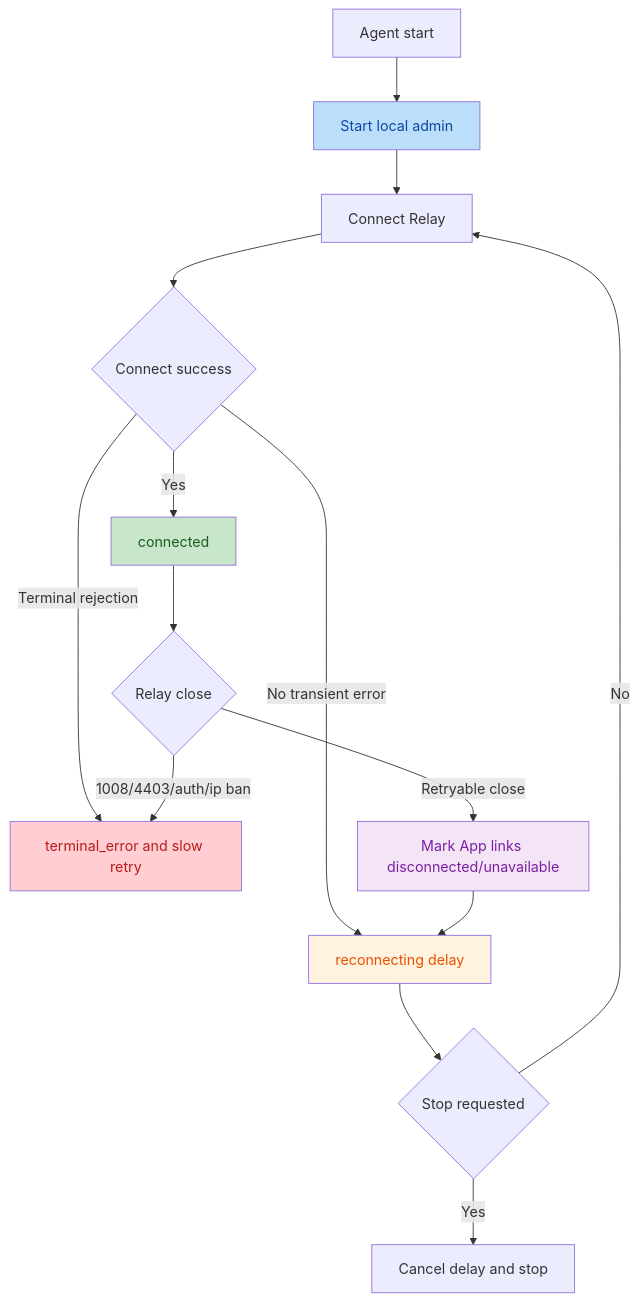
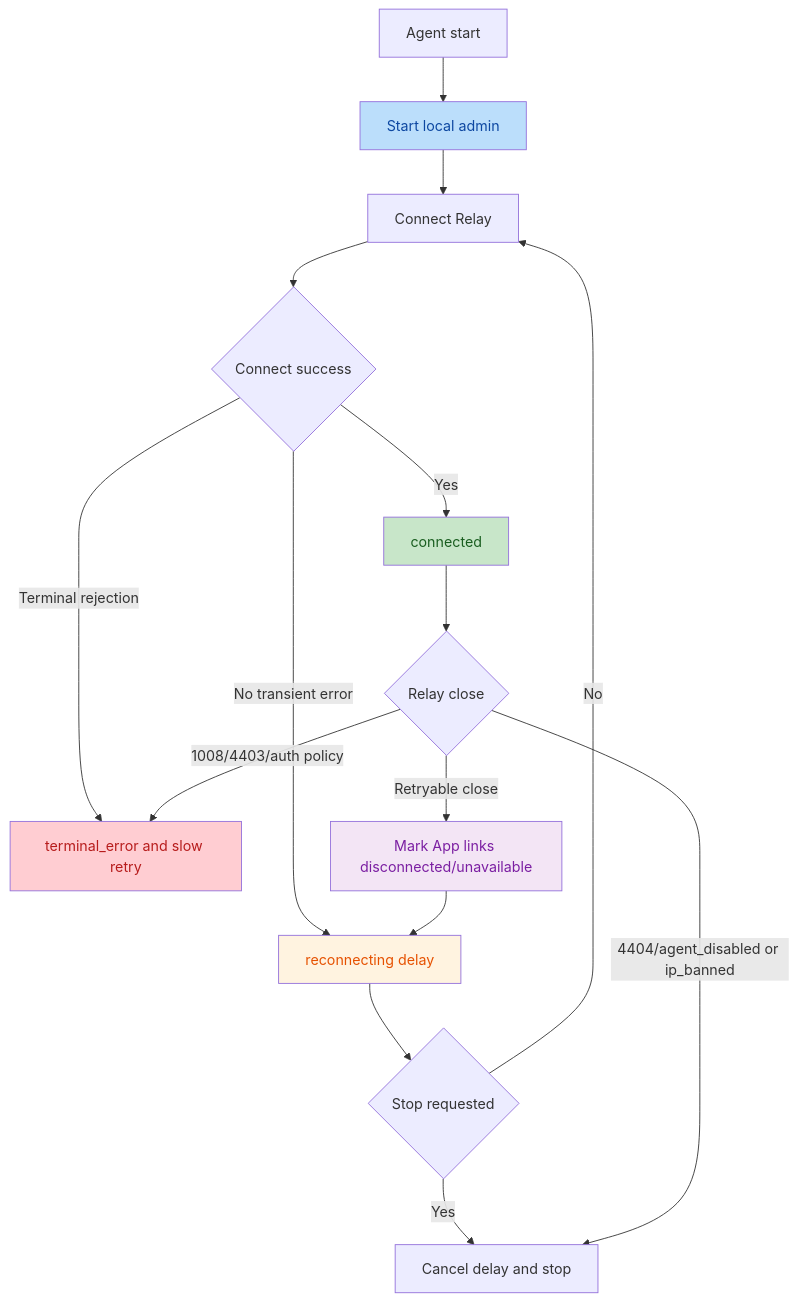
The first of 2 diagrams in docs/app-installation.md (zhangbozhb/OmniWork), drawn with Mermaid before and after one commit. The commit also changed other lines of this file and 22 other files, not shown here.

Commit message:
feat(relay): enforce ingress auth and agent shutdown

````diff
--- a/docs/app-installation.md
+++ b/docs/app-installation.md
@@ -312,22 +313,23 @@
 ```mermaid
 flowchart TD
     A[Agent start] --> B[Start local admin]
     B --> C[Connect Relay]
     C --> D{Connect success}
     D -->|Yes| E[connected]
     D -->|No transient error| F[reconnecting delay]
     D -->|Terminal rejection| G[terminal_error and slow retry]
     F --> H{Stop requested}
     H -->|Yes| I[Cancel delay and stop]
     H -->|No| C
     E --> J{Relay close}
     J -->|Retryable close| K[Mark App links disconnected/unavailable]
     K --> F
-    J -->|1008/4403/auth/ip ban| G
+    J -->|1008/4403/auth policy| G
+    J -->|4404/agent_disabled or ip_banned| I
 
     style B fill:#bbdefb,color:#0d47a1
     style E fill:#c8e6c9,color:#1a5e20
     style F fill:#fff3e0,color:#e65100
     style G fill:#ffcdd2,color:#b71c1c
     style K fill:#f3e5f5,color:#7b1fa2
 ```
````
